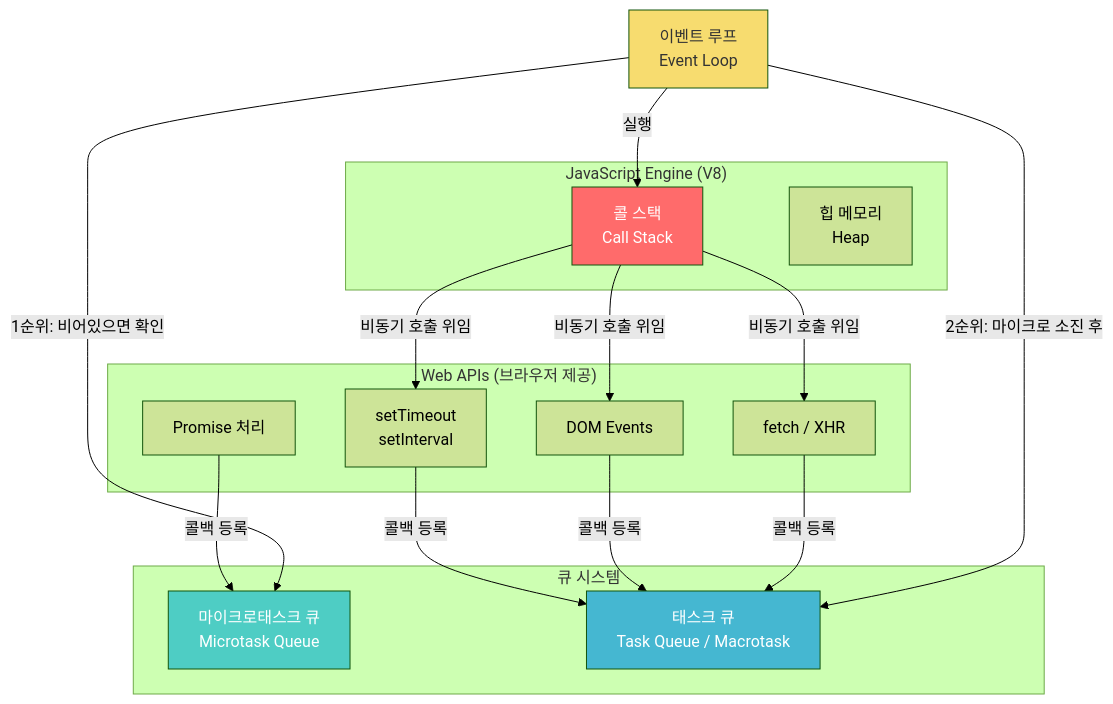
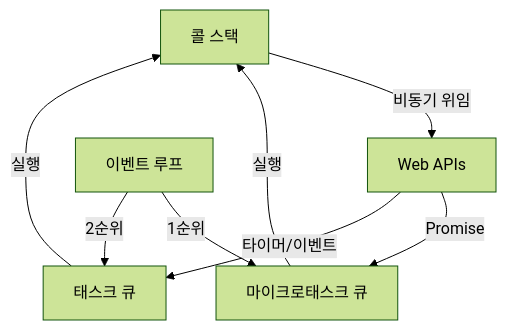
One commit to yjkim2015/yjkim2015.github.io changed the first of 13 diagrams in _posts/frontend/2026-05-02-js-event-loop.md. Above: the diagram before and after it, drawn with Mermaid (forest theme). The commit also changed other lines of this file and 215 other files, not shown here.

First line of the commit message:
신규 포스트 10개 추가 + Mermaid 전면 축소 + SystemDesign 시리즈 보강

````diff
--- a/_posts/frontend/2026-05-02-js-event-loop.md
+++ b/_posts/frontend/2026-05-02-js-event-loop.md
@@ -27,40 +27,9 @@
 ```mermaid
 graph TB
-    subgraph "JavaScript Engine (V8)"
-        CS["콜 스택<br>Call Stack"]
-        HEAP["힙 메모리<br>Heap"]
-    end
-
-    subgraph "Web APIs (브라우저 제공)"
-        TIMER["setTimeout<br>setInterval"]
-        DOM[DOM Events]
-        FETCH["fetch / XHR"]
-        PROMISE["Promise 처리"]
-    end
-
-    subgraph "큐 시스템"
-        MQ["마이크로태스크 큐<br>Microtask Queue"]
-        TQ["태스크 큐<br>Task Queue / Macrotask"]
-    end
-
-    EL["이벤트 루프<br>Event Loop"]
-
-    CS -->|"비동기 호출 위임"| TIMER
-    CS -->|"비동기 호출 위임"| DOM
-    CS -->|"비동기 호출 위임"| FETCH
-
-    TIMER -->|"콜백 등록"| TQ
-    DOM -->|"콜백 등록"| TQ
-    FETCH -->|"콜백 등록"| TQ
-
-    PROMISE -->|"콜백 등록"| MQ
-
-    EL -->|"1순위: 비어있으면 확인"| MQ
-    EL -->|"2순위: 마이크로 소진 후"| TQ
-    EL -->|"실행"| CS
-
-    style CS fill:#ff6b6b,color:#fff
-    style MQ fill:#4ecdc4,color:#fff
-    style TQ fill:#45b7d1,color:#fff
-    style EL fill:#f7dc6f,color:#333
+    CS["콜 스택"] -->|"비동기 위임"| WA["Web APIs"]
+    WA -->|"Promise"| MQ["마이크로태스크 큐"]
+    WA -->|"타이머/이벤트"| TQ["태스크 큐"]
+    EL["이벤트 루프"] -->|"1순위"| MQ
+    EL -->|"2순위"| TQ
+    MQ & TQ -->|"실행"| CS
 ```
````
